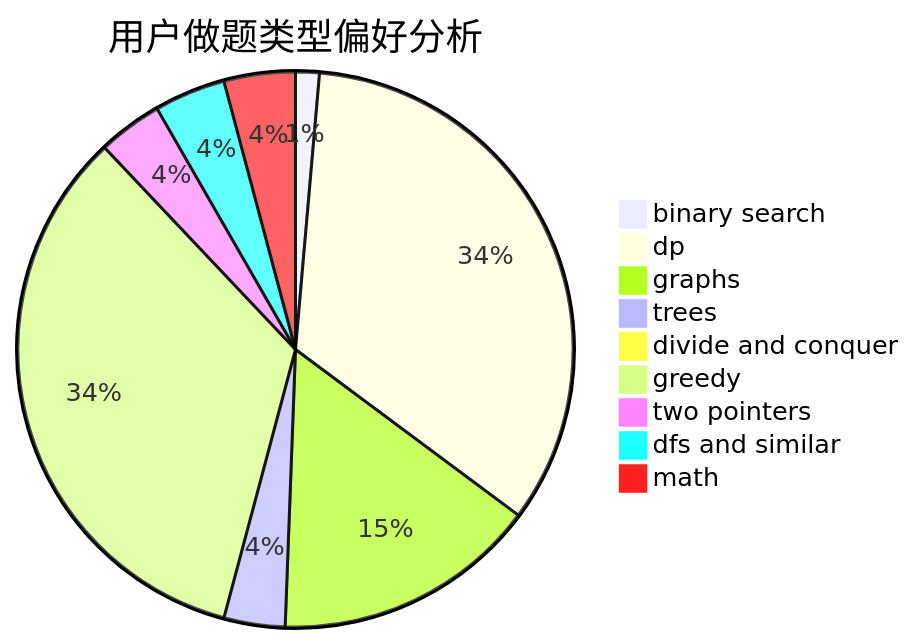
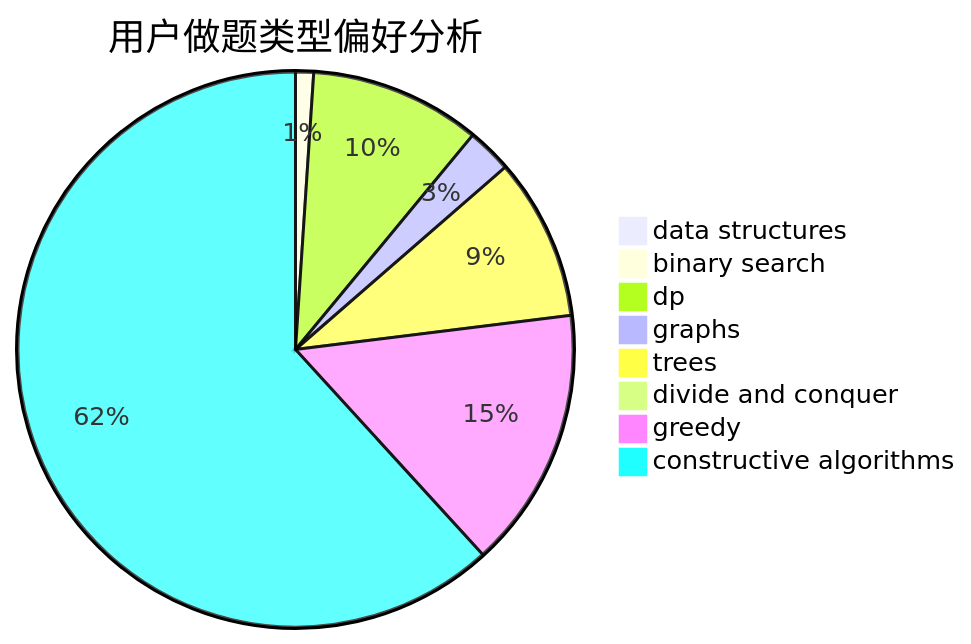
One commit to sherpahu/cfrs.github.io changed the second of 3 diagrams in docs/user/u1406.md. Above: the diagram before and after it, drawn with Mermaid. The commit also changed other lines of this file and 2775 other files, not shown here.

````diff
--- a/docs/user/u1406.md
+++ b/docs/user/u1406.md
@@ -23,12 +23,11 @@
 ```mermaid
 pie title 用户做题类型偏好分析
-    "binary search" :  7
-    "dp" :  171
-    "graphs" :  78
+    "data structures" :  0
+    "binary search" :  2
+    "dp" :  19
+    "graphs" :  5
     "trees" :  18
     "divide and conquer" :  0
-    "greedy" :  171
-    "two pointers" :  19
-    "dfs and similar" :  21
-    "math" :  21
+    "greedy" :  29
+    "constructive algorithms" :  118
 ```
````
